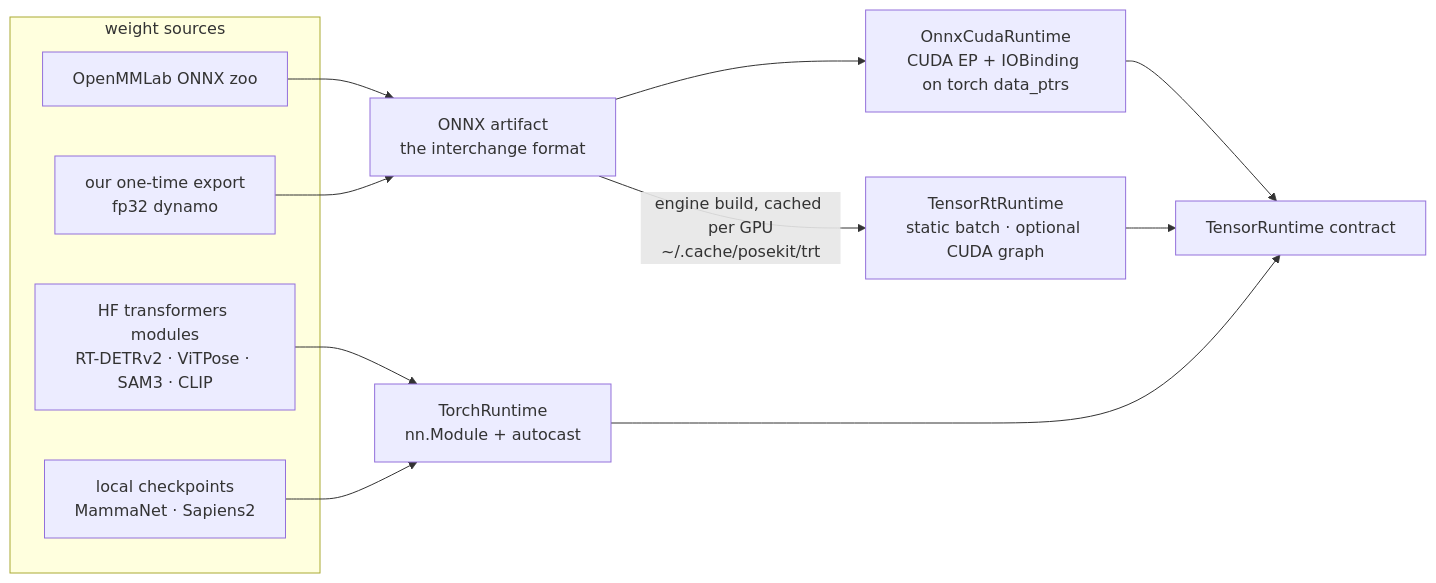
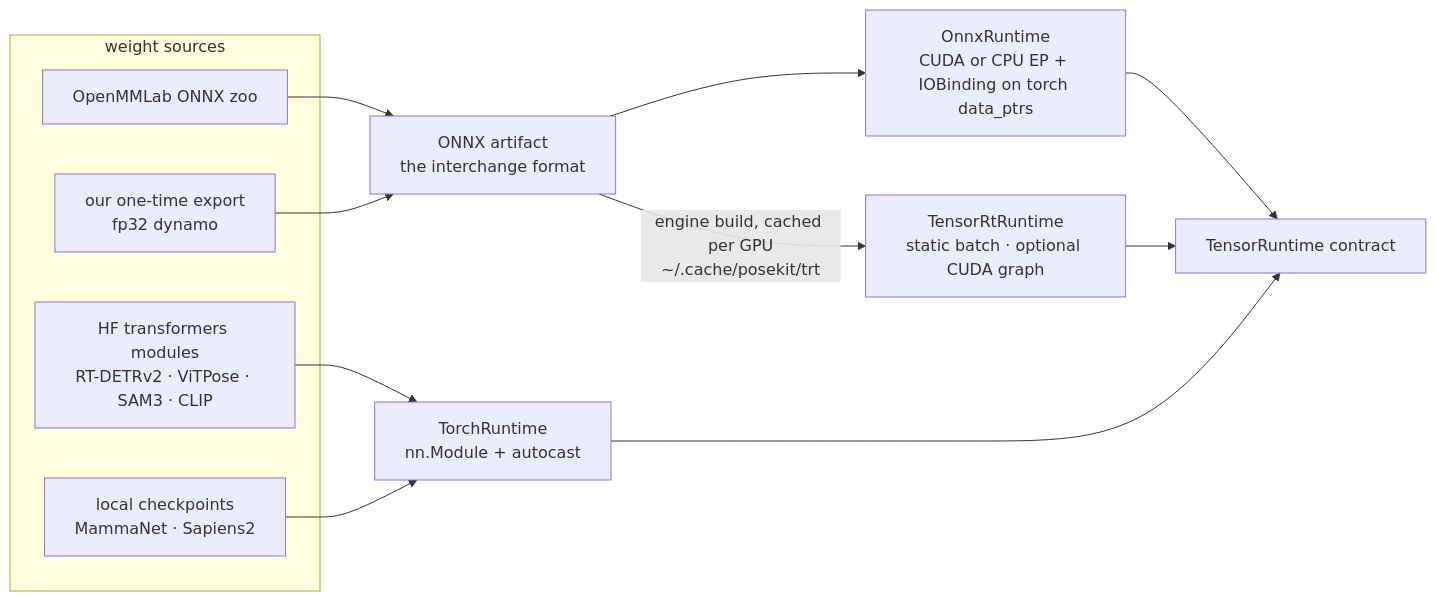
The second of 2 diagrams in packages/posekit/README.md (rerun-io/examples-monorepo), drawn with Mermaid before and after one commit. The commit also changed other lines of this file and 3 other files, not shown here.

Commit message:
ort 5: docs for one ONNX Runtime build, auto and the engine-free runs

````diff
--- a/packages/posekit/README.md
+++ b/packages/posekit/README.md
@@ -45,18 +45,18 @@
 ```mermaid
 flowchart LR
     subgraph SRC["weight sources"]
         Z["OpenMMLab ONNX zoo"]
         E["our one-time export<br/>fp32 dynamo"]
         H["HF transformers modules<br/>RT-DETRv2 · ViTPose · SAM3 · CLIP"]
         L["local checkpoints<br/>MammaNet · Sapiens2"]
     end
     Z --> O["ONNX artifact<br/>the interchange format"]
     E --> O
-    O --> ORT["OnnxCudaRuntime<br/>CUDA EP + IOBinding on torch data_ptrs"]
+    O --> ORT["OnnxRuntime<br/>CUDA or CPU EP + IOBinding on torch data_ptrs"]
     O -->|"engine build, cached per GPU<br/>~/.cache/posekit/trt"| TRT["TensorRtRuntime<br/>static batch · optional CUDA graph"]
     H --> TCH["TorchRuntime<br/>nn.Module + autocast"]
     L --> TCH
     ORT --> RT["TensorRuntime contract"]
     TRT --> RT
     TCH --> RT
 ```
````
